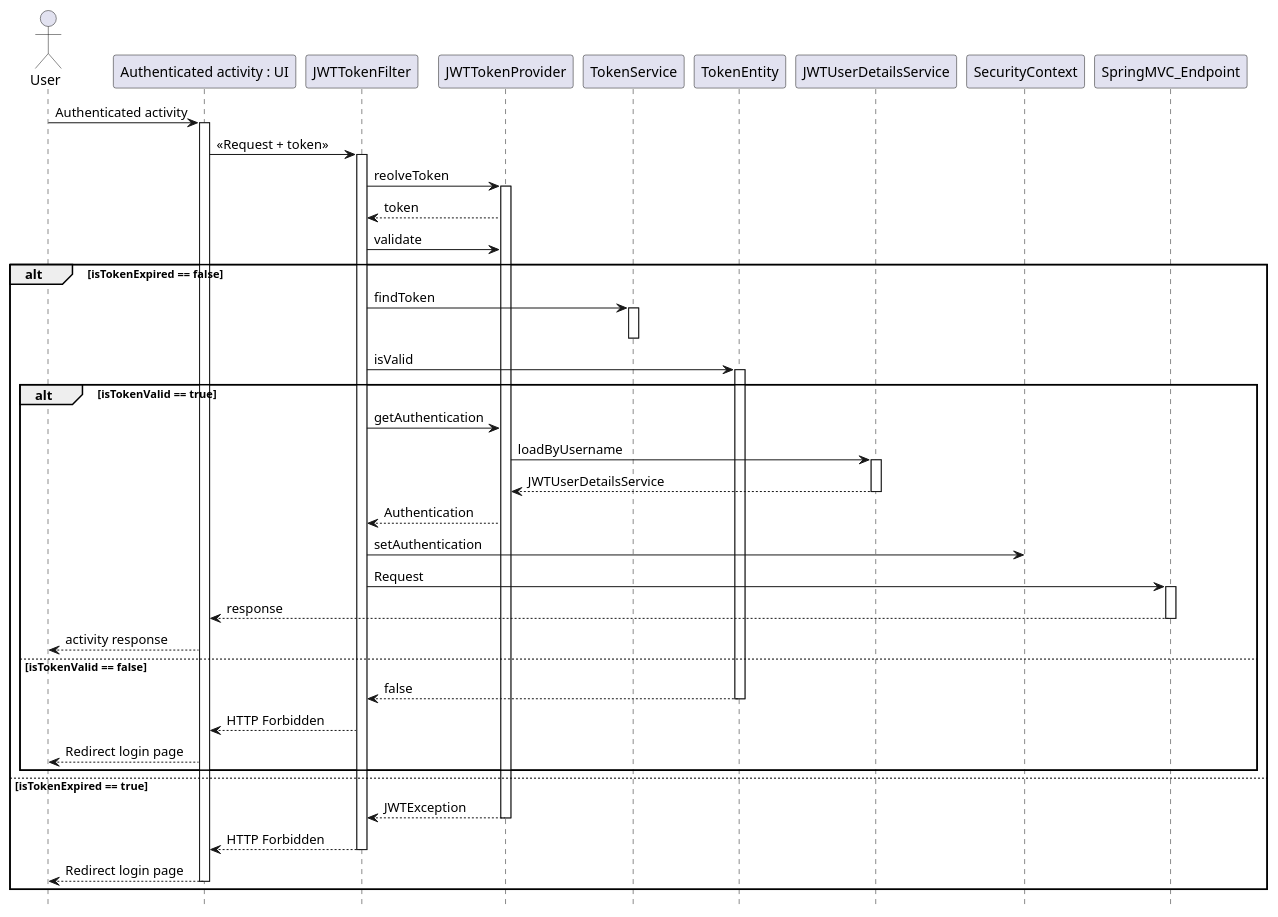
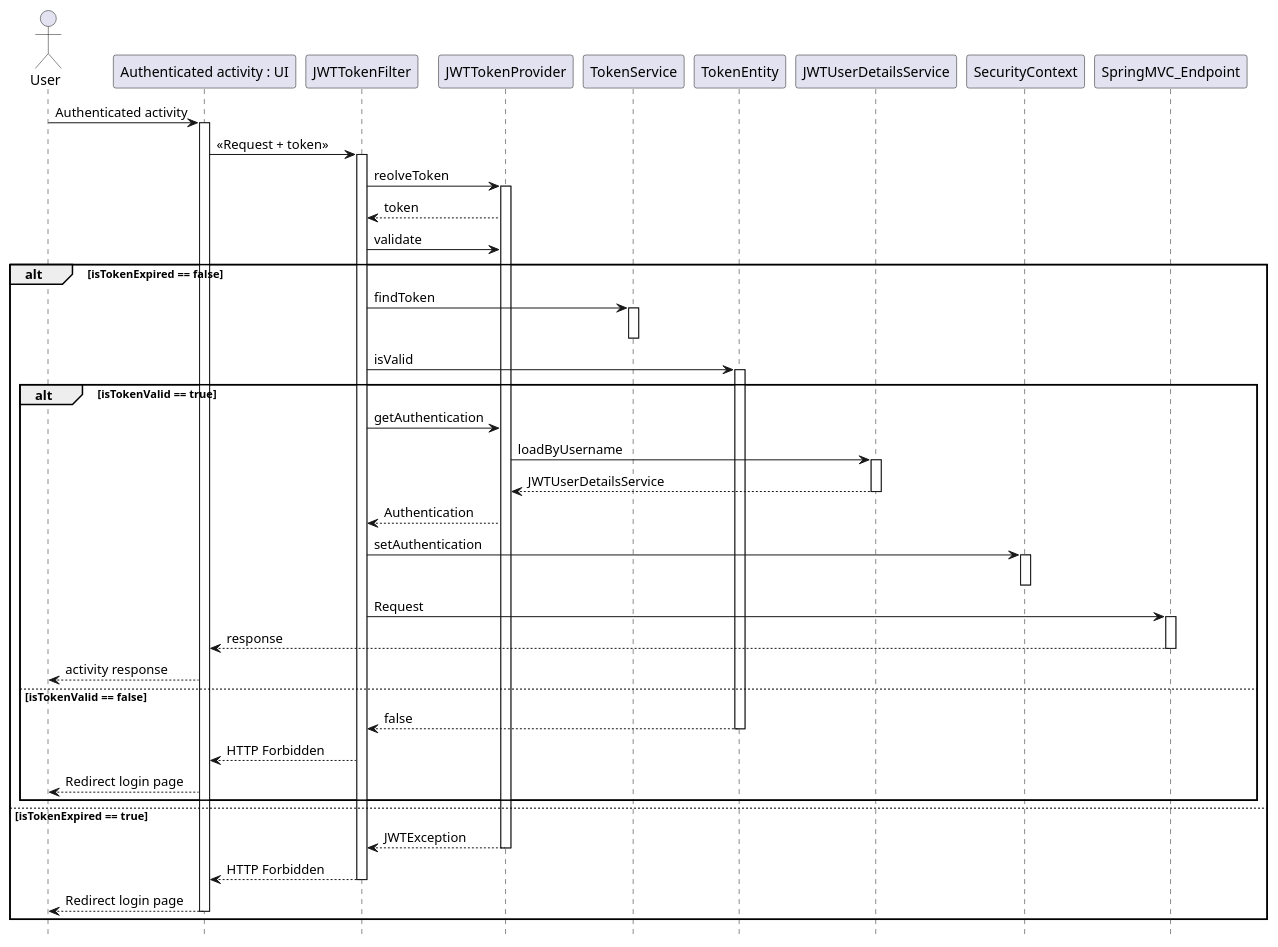
Before and after one commit to stroitel201/techshop: the diagram in docs/uml/sequence/requestFilter.puml, drawn with PlantUML. The commit also changed 2 other files, not shown here.

```diff
--- a/docs/uml/sequence/requestFilter.puml
+++ b/docs/uml/sequence/requestFilter.puml
@@ -1,69 +1,71 @@
 @startuml Create Bot
 
 hide footbox
 
 actor User
 User -> "Authenticated activity : UI" as UI: Authenticated activity
 activate UI
 
 UI -> JWTTokenFilter: <<Request + token>>
 activate JWTTokenFilter
 
 JWTTokenFilter -> JWTTokenProvider: reolveToken
 activate JWTTokenProvider
 
 JWTTokenProvider -->JWTTokenFilter:token
 
 JWTTokenFilter->JWTTokenProvider:validate
 
 alt isTokenExpired == false
 
 JWTTokenFilter->TokenService: findToken
 activate TokenService
 deactivate TokenService
 
 JWTTokenFilter ->TokenEntity: isValid
 activate TokenEntity
 
 alt isTokenValid == true
 JWTTokenFilter->JWTTokenProvider:getAuthentication
 JWTTokenProvider->JWTUserDetailsService:loadByUsername
 activate JWTUserDetailsService
 
 JWTUserDetailsService-->JWTTokenProvider:JWTUserDetailsService
 deactivate JWTUserDetailsService
 
 JWTTokenProvider-->JWTTokenFilter:Authentication
 JWTTokenFilter->SecurityContext:setAuthentication
+activate SecurityContext
+deactivate SecurityContext
 JWTTokenFilter->SpringMVC_Endpoint: Request
 
 activate SpringMVC_Endpoint
 
 SpringMVC_Endpoint-->UI:response
 deactivate SpringMVC_Endpoint
 
 UI-->User: activity response
 
 else isTokenValid == false
 
 TokenEntity-->JWTTokenFilter:false
 deactivate TokenEntity
 
 JWTTokenFilter-->UI:HTTP Forbidden
 UI-->User:Redirect login page
 end
 
 
 else isTokenExpired == true
 JWTTokenProvider-->JWTTokenFilter: JWTException
 deactivate JWTTokenProvider
 
 JWTTokenFilter-->UI:HTTP Forbidden
 deactivate JWTTokenFilter
 
 UI-->User:Redirect login page
 deactivate UI
 
 end
 
 @enduml
```
